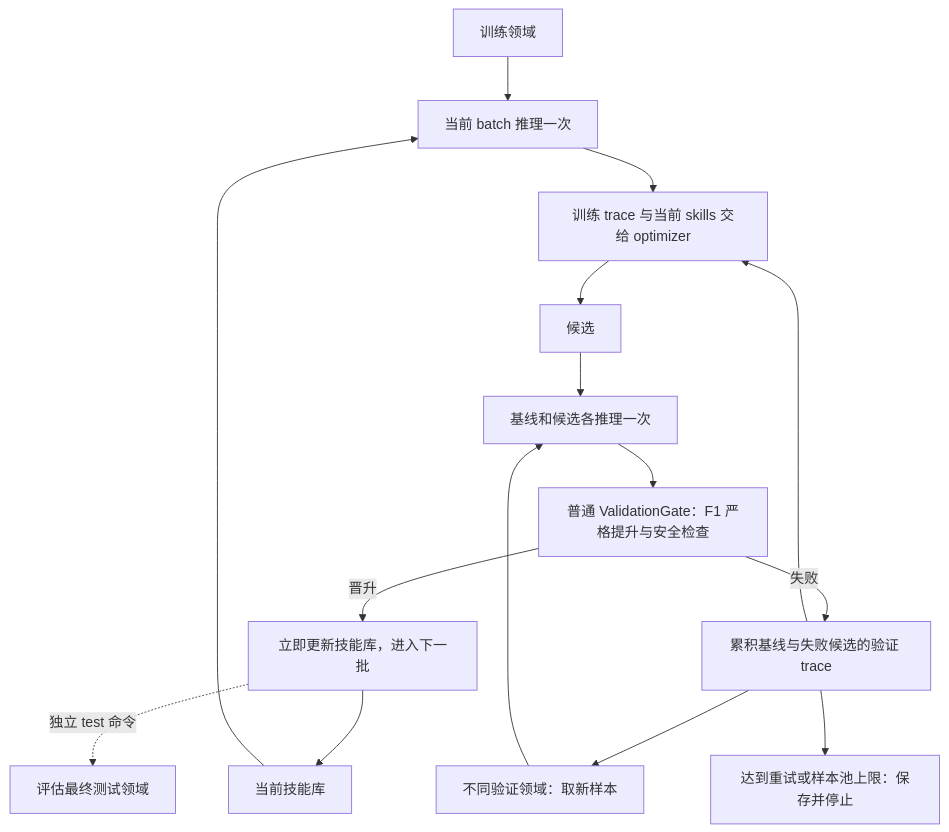
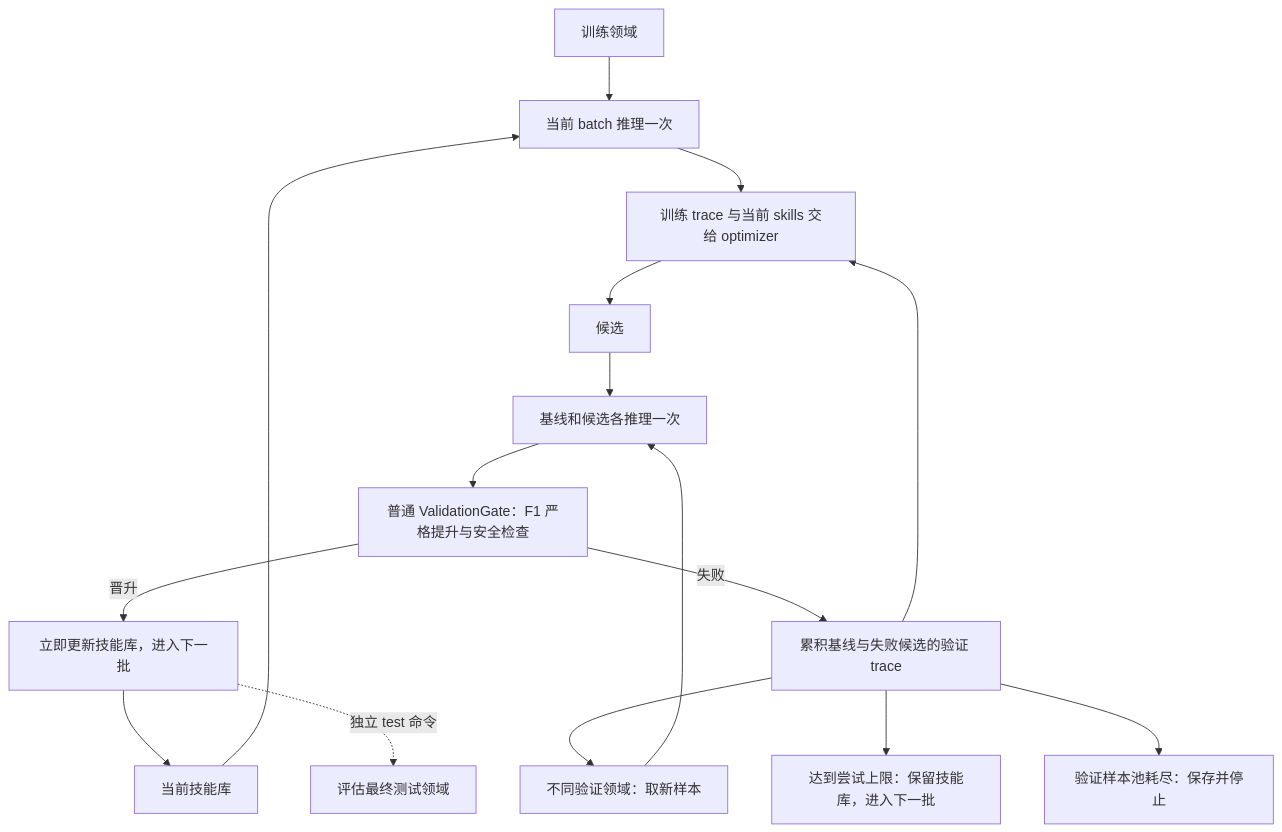
The fourth of 5 diagrams in README.zh-CN.md (FengyuanYin/EvoFactSkill), drawn with Mermaid before and after one commit. The commit also changed other lines of this file and 47 other files, not shown here.

````diff
--- a/README.zh-CN.md
+++ b/README.zh-CN.md
@@ -110,17 +110,18 @@
 ```mermaid
 flowchart TD
     A["训练领域"] --> I["当前 batch 推理一次"]
     S["当前技能库"] --> I
     I --> O["训练 trace 与当前 skills 交给 optimizer"]
     O --> C["候选"]
     V["不同验证领域：取新样本"] --> P["基线和候选各推理一次"]
     C --> P
     P --> G["普通 ValidationGate：F1 严格提升与安全检查"]
     G -->|晋升| U["立即更新技能库，进入下一批"]
     U --> S
     G -->|失败| T["累积基线与失败候选的验证 trace"]
     T --> O
     T --> V
-    T --> L["达到重试或样本池上限：保存并停止"]
+    T --> N["达到尝试上限：保留技能库，进入下一批"]
+    T --> L["验证样本池耗尽：保存并停止"]
     U -. 独立 test 命令 .-> F["评估最终测试领域"]
 ```
````
